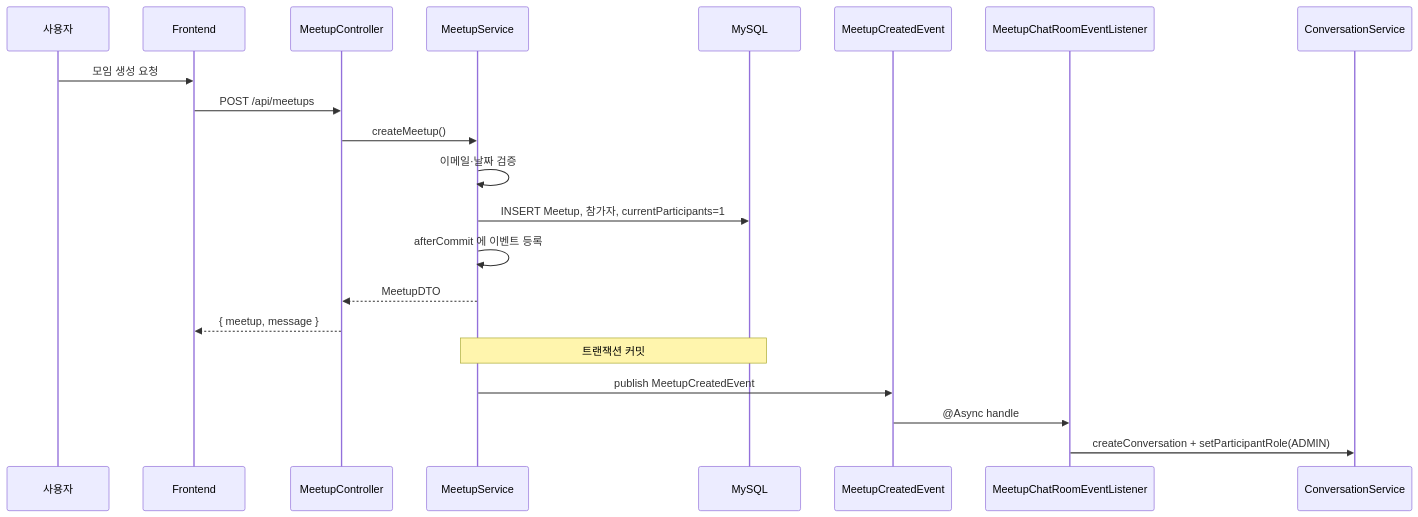
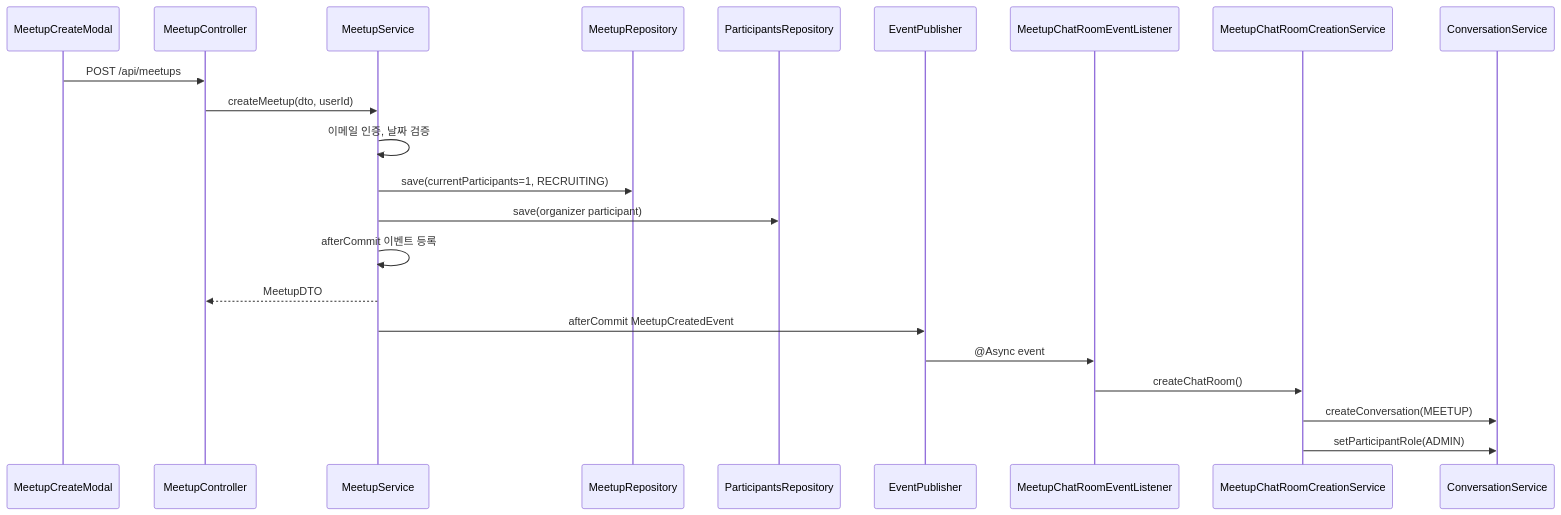
The second of 6 diagrams in docs/architecture/meetup/산책 & 오프라인 모임 아키텍처.md (makkong1/Petory), drawn with Mermaid before and after one commit. The commit also changed other lines of this file and 44 other files, not shown here.

````diff
--- a/docs/architecture/meetup/산책 & 오프라인 모임 아키텍처.md
+++ b/docs/architecture/meetup/산책 & 오프라인 모임 아키텍처.md
@@ -276,26 +135,25 @@
 ```mermaid
 sequenceDiagram
-    participant User as 사용자
-    participant Frontend
-    participant MeetupController
-    participant MeetupService
-    participant MySQL
-    participant Event as MeetupCreatedEvent
-    participant Listener as MeetupChatRoomEventListener
-    participant ConversationService
-    
-    User->>Frontend: 모임 생성 요청
-    Frontend->>MeetupController: POST /api/meetups
-    MeetupController->>MeetupService: createMeetup()
-    
-    MeetupService->>MeetupService: 이메일·날짜 검증
-    MeetupService->>MySQL: INSERT Meetup, 참가자, currentParticipants=1
-    MeetupService->>MeetupService: afterCommit 에 이벤트 등록
-    MeetupService-->>MeetupController: MeetupDTO
-    MeetupController-->>Frontend: { meetup, message }
-    
-    Note over MeetupService,MySQL: 트랜잭션 커밋
-    MeetupService->>Event: publish MeetupCreatedEvent
-    Event->>Listener: @Async handle
-    Listener->>ConversationService: createConversation + setParticipantRole(ADMIN)
+    participant FE as MeetupCreateModal
+    participant API as MeetupController
+    participant S as MeetupService
+    participant R as MeetupRepository
+    participant P as ParticipantsRepository
+    participant E as EventPublisher
+    participant L as MeetupChatRoomEventListener
+    participant C as MeetupChatRoomCreationService
+    participant Chat as ConversationService
+
+    FE->>API: POST /api/meetups
+    API->>S: createMeetup(dto, userId)
+    S->>S: 이메일 인증, 날짜 검증
+    S->>R: save(currentParticipants=1, RECRUITING)
+    S->>P: save(organizer participant)
+    S->>S: afterCommit 이벤트 등록
+    S-->>API: MeetupDTO
+    S->>E: afterCommit MeetupCreatedEvent
+    E->>L: @Async event
+    L->>C: createChatRoom()
+    C->>Chat: createConversation(MEETUP)
+    C->>Chat: setParticipantRole(ADMIN)
 ```
````
